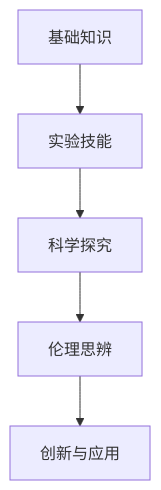
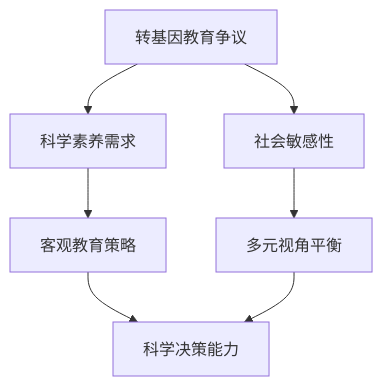
One commit to AdaMartin18010/SeniorEnducation changed the fifth of 10 diagrams in 02-核心学科理论/07-生物教育理论与实践/01-生物教育理论与实践.md. Above: the diagram before and after it, drawn with Mermaid. The commit also changed other lines of this file and 10 other files, not shown here.

````diff
--- a/02-核心学科理论/07-生物教育理论与实践/01-生物教育理论与实践.md
+++ b/02-核心学科理论/07-生物教育理论与实践/01-生物教育理论与实践.md
@@ -190,7 +301,9 @@
 ```mermaid
 graph TD
-    A[基础知识] --> B[实验技能]
-    B --> C[科学探究]
-    C --> D[伦理思辨]
-    D --> E[创新与应用]
+    A[转基因教育争议] --> B[科学素养需求]
+    A --> C[社会敏感性]
+    B --> D[客观教育策略]
+    C --> E[多元视角平衡]
+    D --> F[科学决策能力]
+    E --> F
 ```
````
